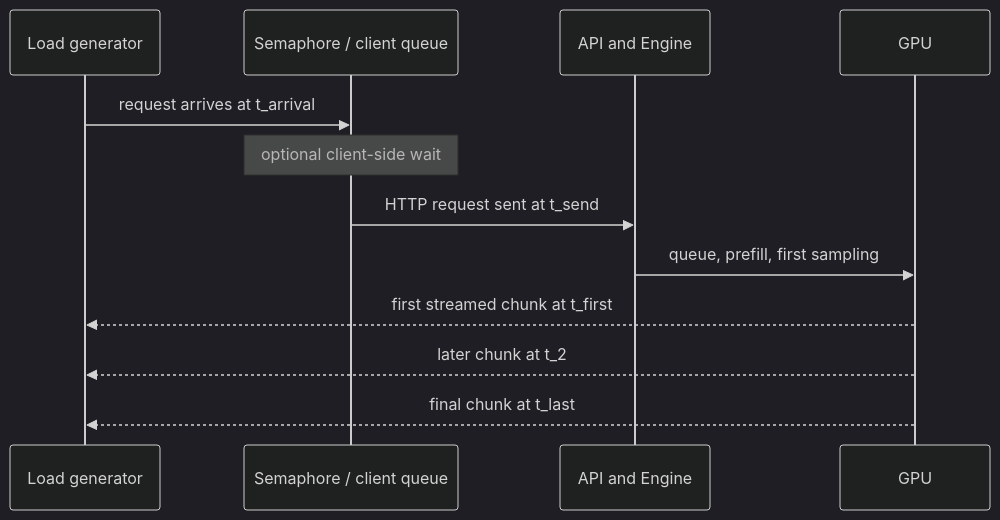
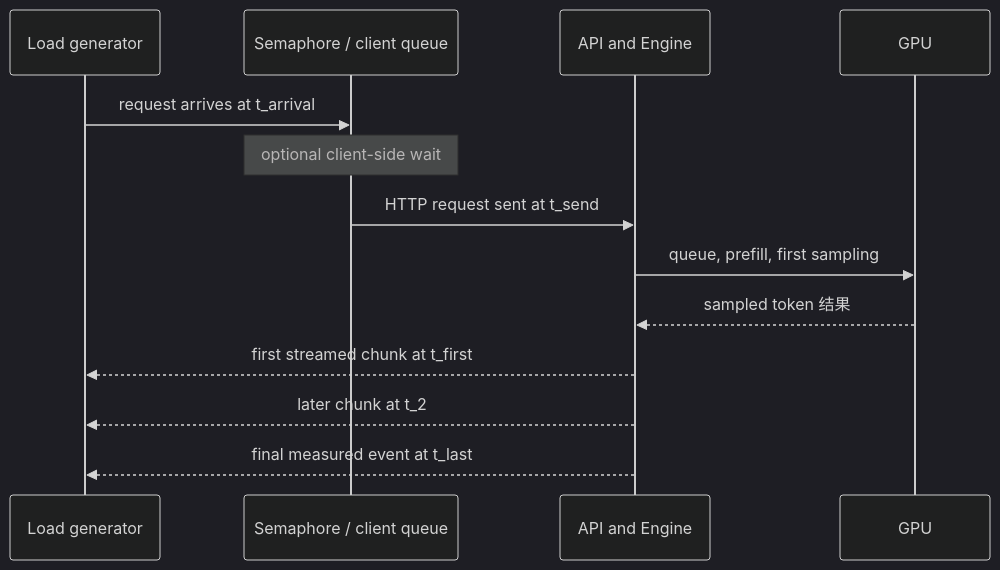
The second of 14 diagrams in book/10-experiments/README.md (cluster1900/vllm_reader), drawn with Mermaid (dark theme) before and after one commit. The commit also changed other lines of this file and 38 other files, not shown here.

````diff
--- a/book/10-experiments/README.md
+++ b/book/10-experiments/README.md
@@ -123,14 +131,15 @@
 ```mermaid
 sequenceDiagram
     participant L as Load generator
     participant S as Semaphore / client queue
     participant A as API and Engine
     participant G as GPU
     L->>S: request arrives at t_arrival
     Note over S: optional client-side wait
     S->>A: HTTP request sent at t_send
     A->>G: queue, prefill, first sampling
-    G-->>L: first streamed chunk at t_first
-    G-->>L: later chunk at t_2
-    G-->>L: final chunk at t_last
+    G-->>A: sampled token 结果
+    A-->>L: first streamed chunk at t_first
+    A-->>L: later chunk at t_2
+    A-->>L: final measured event at t_last
 ```
````
